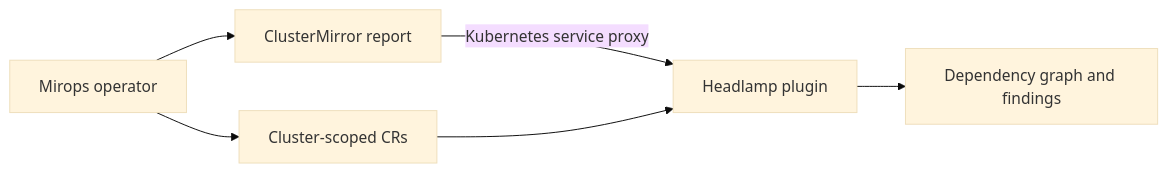
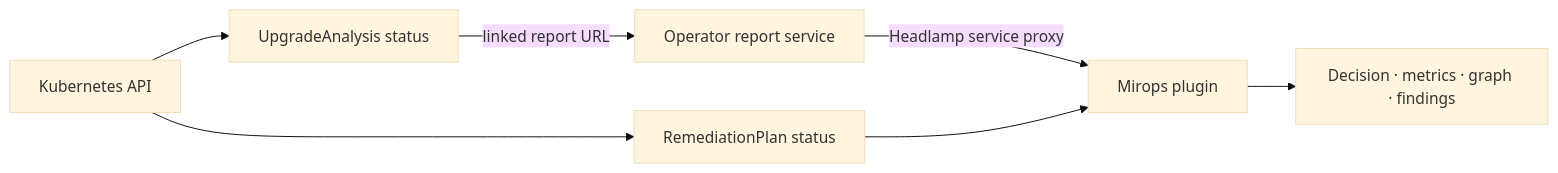
One commit to miropshq/mirops-headlamp-plugin changed the diagram in README.md. Above: the diagram before and after it, drawn with Mermaid (base theme). The commit also changed other lines of this file, not shown here.

Commit message:
docs: document current Headlamp plugin workflow

````diff
--- a/README.md
+++ b/README.md
@@ -5,8 +5,9 @@
 ```mermaid
 flowchart LR
-  O[Mirops operator] --> R[ClusterMirror report]
-  O --> CR[Cluster-scoped CRs]
-  R -->|Kubernetes service proxy| H[Headlamp plugin]
-  CR --> H
-  H --> G[Dependency graph and findings]
+  K[Kubernetes API] --> UA[UpgradeAnalysis status]
+  K --> RP[RemediationPlan status]
+  UA -->|linked report URL| S[Operator report service]
+  S -->|Headlamp service proxy| P[Mirops plugin]
+  RP --> P
+  P --> V[Decision · metrics · graph · findings]
 ```
````
